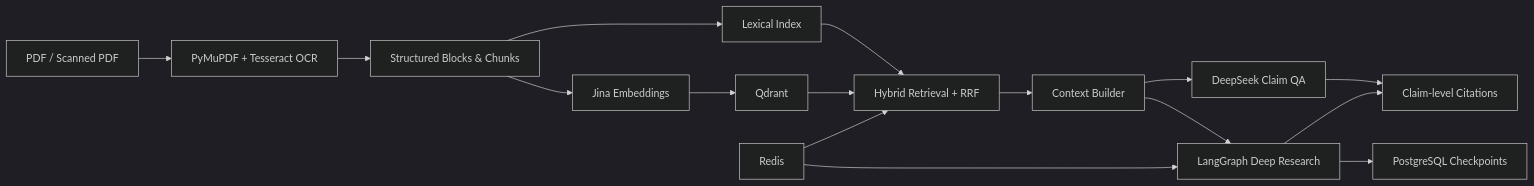
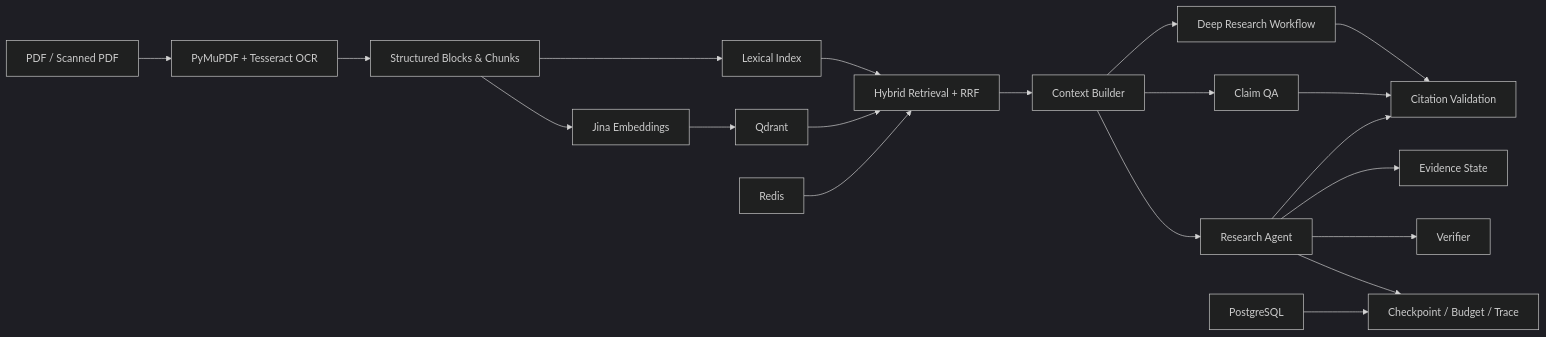
One commit to zhangjf314/Research changed the first of 2 diagrams in README.md. Above: the diagram before and after it, drawn with Mermaid (dark theme). The commit also changed other lines of this file and 17 other files, not shown here.

````diff
--- a/README.md
+++ b/README.md
@@ -60,18 +32,22 @@
 ```mermaid
 flowchart LR
     A["PDF / Scanned PDF"] --> B["PyMuPDF + Tesseract OCR"]
     B --> C["Structured Blocks & Chunks"]
     C --> D["Jina Embeddings"]
     C --> E["Lexical Index"]
     D --> F["Qdrant"]
     E --> G["Hybrid Retrieval + RRF"]
     F --> G
     G --> H["Context Builder"]
-    H --> I["DeepSeek Claim QA"]
-    H --> J["LangGraph Deep Research"]
-    I --> K["Claim-level Citations"]
-    J --> K
-    J --> L["PostgreSQL Checkpoints"]
-    M["Redis"] --> G
-    M --> J
+    H --> I["Claim QA"]
+    H --> J["Deep Research Workflow"]
+    H --> K["Research Agent"]
+    K --> L["Evidence State"]
+    K --> M["Verifier"]
+    K --> N["Checkpoint / Budget / Trace"]
+    J --> O["Citation Validation"]
+    I --> O
+    K --> O
+    P["PostgreSQL"] --> N
+    Q["Redis"] --> G
 ```
````
